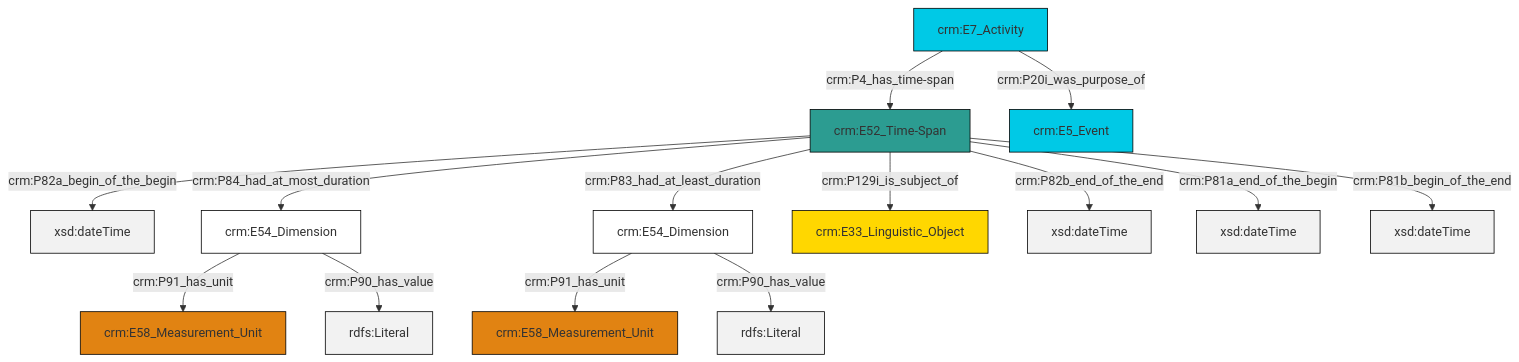
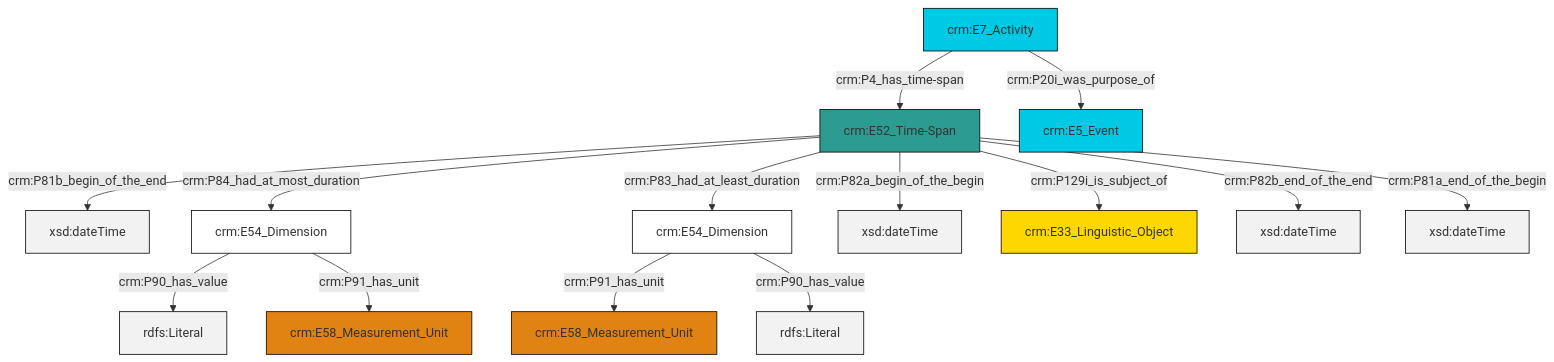
One commit to swiss-art-research-net/reference-data-models changed the diagram in et/eventCSV/ttl/mmd/event_existence.ttl.mmd. Above: the diagram before and after it, drawn with Mermaid. The commit also changed 125 other files, not shown here.

```diff
--- a/et/eventCSV/ttl/mmd/event_existence.ttl.mmd
+++ b/et/eventCSV/ttl/mmd/event_existence.ttl.mmd
@@ -1,28 +1,28 @@
 graph TD
 classDef Literal fill:#f2f2f2,stroke:#000000;
 classDef CRM_Entity fill:#FFFFFF,stroke:#000000;
 classDef Temporal_Entity fill:#00C9E6, stroke:#000000;
 classDef Type fill:#E18312, stroke:#000000;
 classDef Time-Span fill:#2C9C91, stroke:#000000;
 classDef Appellation fill:#FFEB7F, stroke:#000000;
 classDef Place fill:#008836, stroke:#000000;
 classDef Persistent_Item fill:#B266B2, stroke:#000000;
 classDef Conceptual_Object fill:#FFD700, stroke:#000000;
 classDef Physical_Thing fill:#D2B48C, stroke:#000000;
 classDef Actor fill:#f58aad, stroke:#000000;
 classDef PC_Classes fill:#4ce600, stroke:#000000;
 classDef Multi fill:#cccccc,stroke:#000000;
 
-0["crm:E52_Time-Span"]:::Time-Span -->|crm:P82a_begin_of_the_begin| 1[xsd:dateTime]:::Literal
-0["crm:E52_Time-Span"]:::Time-Span -->|crm:P84_had_at_most_duration| 5["crm:E54_Dimension"]:::CRM_Entity
-0["crm:E52_Time-Span"]:::Time-Span -->|crm:P82b_end_of_the_end| 12[xsd:dateTime]:::Literal
-6["crm:E54_Dimension"]:::CRM_Entity -->|crm:P91_has_unit| 13["crm:E58_Measurement_Unit"]:::Type
-5["crm:E54_Dimension"]:::CRM_Entity -->|crm:P91_has_unit| 2["crm:E58_Measurement_Unit"]:::Type
-0["crm:E52_Time-Span"]:::Time-Span -->|crm:P129i_is_subject_of| 10["crm:E33_Linguistic_Object"]:::Conceptual_Object
-0["crm:E52_Time-Span"]:::Time-Span -->|crm:P81a_end_of_the_begin| 14[xsd:dateTime]:::Literal
-5["crm:E54_Dimension"]:::CRM_Entity -->|crm:P90_has_value| 17[rdfs:Literal]:::Literal
-15["crm:E7_Activity"]:::Temporal_Entity -->|crm:P20i_was_purpose_of| 8["crm:E5_Event"]:::Temporal_Entity
-0["crm:E52_Time-Span"]:::Time-Span -->|crm:P83_had_at_least_duration| 6["crm:E54_Dimension"]:::CRM_Entity
-0["crm:E52_Time-Span"]:::Time-Span -->|crm:P81b_begin_of_the_end| 20[xsd:dateTime]:::Literal
-15["crm:E7_Activity"]:::Temporal_Entity -->|crm:P4_has_time-span| 0["crm:E52_Time-Span"]:::Time-Span
-6["crm:E54_Dimension"]:::CRM_Entity -->|crm:P90_has_value| 21[rdfs:Literal]:::Literal
+2["crm:E52_Time-Span"]:::Time-Span -->|crm:P81b_begin_of_the_end| 3[xsd:dateTime]:::Literal
+2["crm:E52_Time-Span"]:::Time-Span -->|crm:P84_had_at_most_duration| 4["crm:E54_Dimension"]:::CRM_Entity
+2["crm:E52_Time-Span"]:::Time-Span -->|crm:P83_had_at_least_duration| 6["crm:E54_Dimension"]:::CRM_Entity
+2["crm:E52_Time-Span"]:::Time-Span -->|crm:P82a_begin_of_the_begin| 8[xsd:dateTime]:::Literal
+4["crm:E54_Dimension"]:::CRM_Entity -->|crm:P90_has_value| 9[rdfs:Literal]:::Literal
+6["crm:E54_Dimension"]:::CRM_Entity -->|crm:P91_has_unit| 0["crm:E58_Measurement_Unit"]:::Type
+2["crm:E52_Time-Span"]:::Time-Span -->|crm:P82b_end_of_the_end| 12[xsd:dateTime]:::Literal
+4["crm:E54_Dimension"]:::CRM_Entity -->|crm:P91_has_unit| 13["crm:E58_Measurement_Unit"]:::Type
+6["crm:E54_Dimension"]:::CRM_Entity -->|crm:P90_has_value| 14[rdfs:Literal]:::Literal
+2["crm:E52_Time-Span"]:::Time-Span -->|crm:P129i_is_subject_of| 10["crm:E33_Linguistic_Object"]:::Conceptual_Object
+16["crm:E7_Activity"]:::Temporal_Entity -->|crm:P20i_was_purpose_of| 17["crm:E5_Event"]:::Temporal_Entity
+16["crm:E7_Activity"]:::Temporal_Entity -->|crm:P4_has_time-span| 2["crm:E52_Time-Span"]:::Time-Span
+2["crm:E52_Time-Span"]:::Time-Span -->|crm:P81a_end_of_the_begin| 21[xsd:dateTime]:::Literal
```
